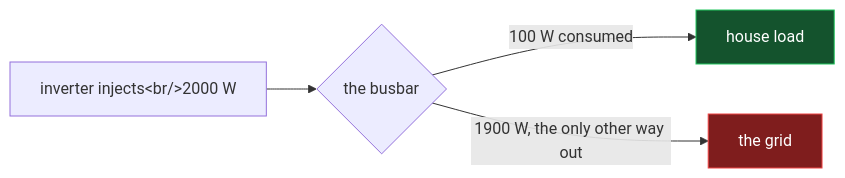
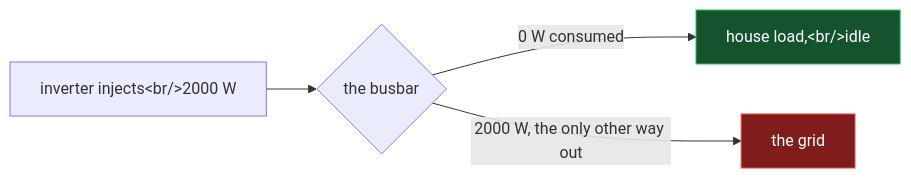
Before and after one commit to phoinixgrr/mastori: the second of 17 diagrams in content/posts/ecoflow-zero-export-ble-meter-injection/index.md, drawn with Mermaid. The commit also changed other lines of this file, not shown here.

First line of the commit message:
zero-export post: drop the house baseline, idle is 0 W

```diff
--- a/content/posts/ecoflow-zero-export-ble-meter-injection/index.md
+++ b/content/posts/ecoflow-zero-export-ble-meter-injection/index.md
@@ -77,9 +77,9 @@
 {{< mermaid >}}
 flowchart LR
     I["inverter injects&lt;br/&gt;2000 W"] --> B{"the busbar"}
-    B -->|"100 W consumed"| H["house load"]
-    B -->|"1900 W, the only other way out"| G["the grid"]
+    B -->|"0 W consumed"| H["house load,&lt;br/&gt;idle"]
+    B -->|"2000 W, the only other way out"| G["the grid"]
 
     style G fill:#7f1d1d,stroke:#ef4444,color:#fff
     style H fill:#14532d,stroke:#22c55e,color:#fff
 {{< /mermaid >}}
```
